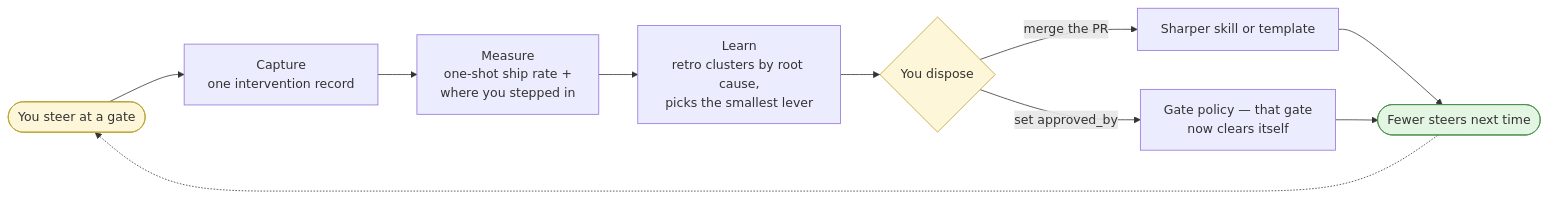
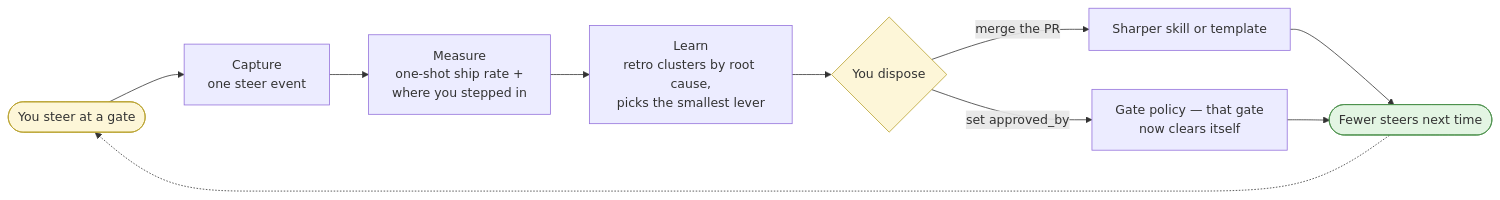
The diagram in docs/LEARNING-LOOP.md (ztcnrh/software-factory), drawn with Mermaid before and after one commit. The commit also changed other lines of this file and 27 other files, not shown here.

````diff
--- a/docs/LEARNING-LOOP.md
+++ b/docs/LEARNING-LOOP.md
@@ -7,14 +7,14 @@
 ```mermaid
 flowchart LR
-    steer([You steer at a gate]):::human --> cap[Capture<br/>one intervention record]
+    steer([You steer at a gate]):::human --> cap[Capture<br/>one steer event]
     cap --> meas[Measure<br/>one-shot ship rate +<br/>where you stepped in]
     meas --> learn[Learn<br/>retro clusters by root cause,<br/>picks the smallest lever]
     learn --> disp{You dispose}:::human
     disp -->|merge the PR| sk[Sharper skill or template]
     disp -->|set approved_by| pol[Gate policy — that gate<br/>now clears itself]
     sk --> fewer([Fewer steers next time]):::win
     pol --> fewer
     fewer -.-> steer
     classDef human fill:#fdf6d8,stroke:#b8a12e
     classDef win fill:#e3f5e3,stroke:#4a8f4a
 ```
````
